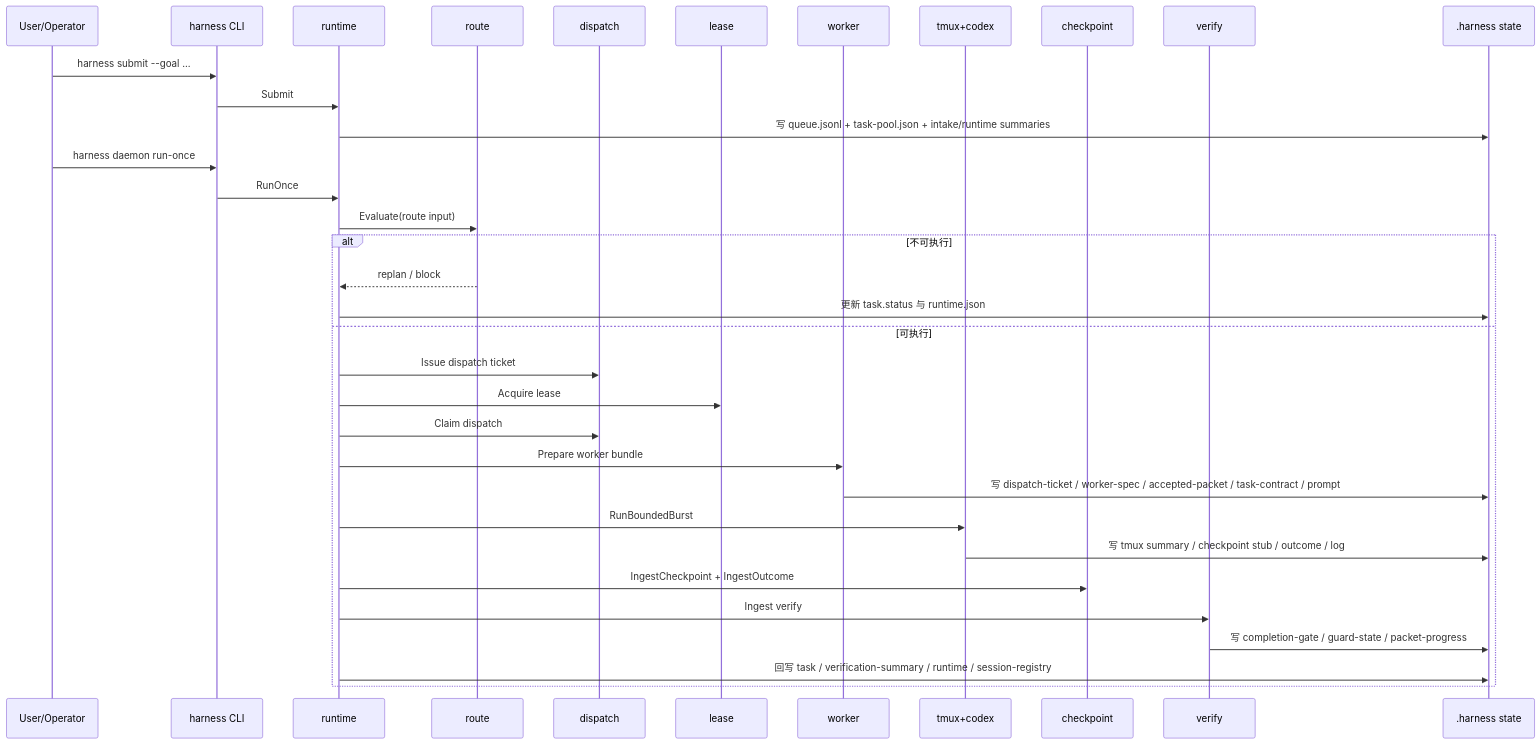
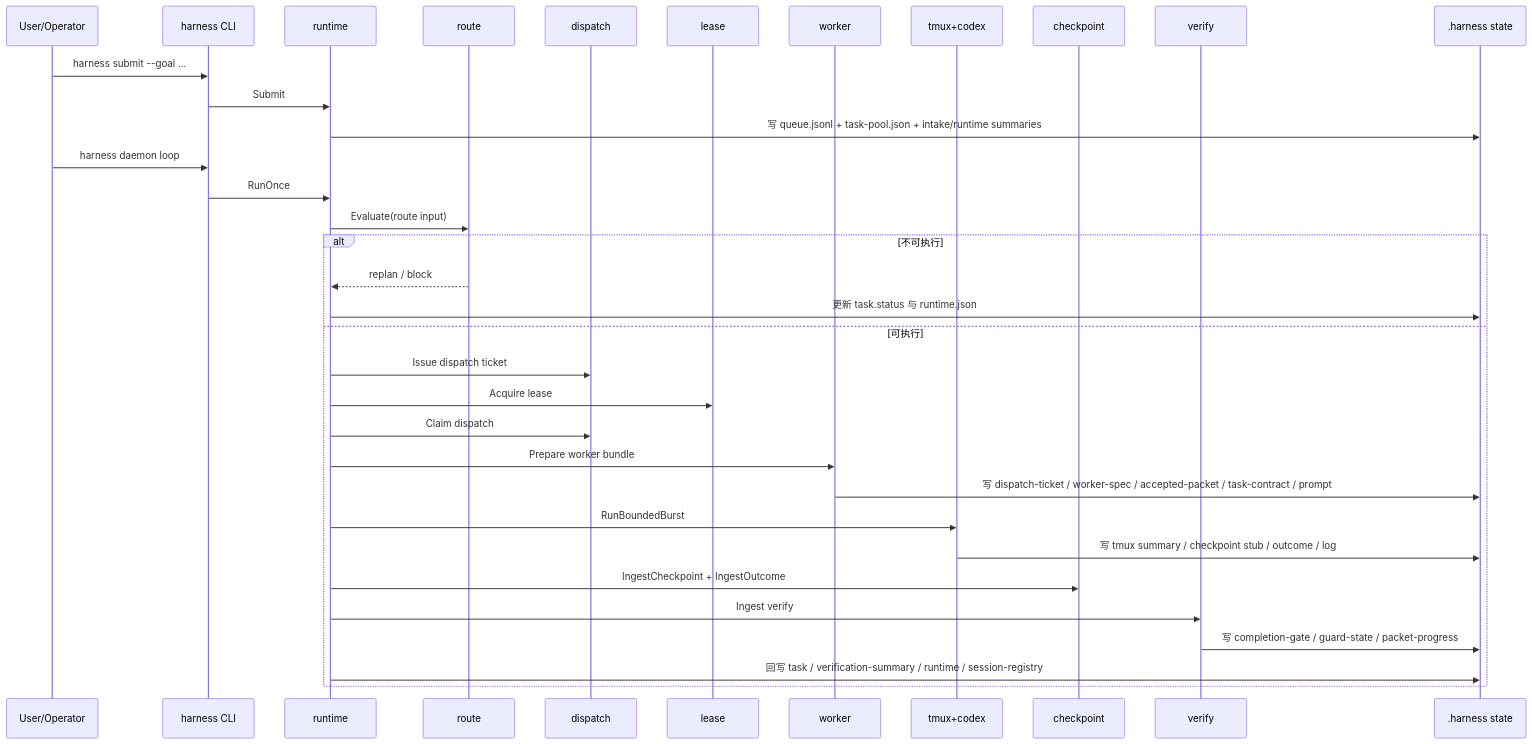
Before and after one commit to JerryLookupU/harness-architect: the second of 2 diagrams in docs/project-architecture-complete.zh.md, drawn with Mermaid. The commit also changed other lines of this file and 74 other files, not shown here.

````diff
--- a/docs/project-architecture-complete.zh.md
+++ b/docs/project-architecture-complete.zh.md
@@ -136,38 +136,38 @@
 ```mermaid
 sequenceDiagram
     participant U as User/Operator
     participant CLI as harness CLI
     participant RT as runtime
     participant R as route
     participant D as dispatch
     participant L as lease
     participant W as worker
     participant T as tmux+codex
     participant C as checkpoint
     participant V as verify
     participant S as .harness state
 
     U->>CLI: harness submit --goal ...
     CLI->>RT: Submit
     RT->>S: 写 queue.jsonl + task-pool.json + intake/runtime summaries
 
-    U->>CLI: harness daemon run-once
+    U->>CLI: harness daemon loop
     CLI->>RT: RunOnce
     RT->>R: Evaluate(route input)
     alt 不可执行
         R-->>RT: replan / block
         RT->>S: 更新 task.status 与 runtime.json
     else 可执行
         RT->>D: Issue dispatch ticket
         RT->>L: Acquire lease
         RT->>D: Claim dispatch
         RT->>W: Prepare worker bundle
         W->>S: 写 dispatch-ticket / worker-spec / accepted-packet / task-contract / prompt
         RT->>T: RunBoundedBurst
         T->>S: 写 tmux summary / checkpoint stub / outcome / log
         RT->>C: IngestCheckpoint + IngestOutcome
         RT->>V: Ingest verify
         V->>S: 写 completion-gate / guard-state / packet-progress
         RT->>S: 回写 task / verification-summary / runtime / session-registry
     end
 ```
````
